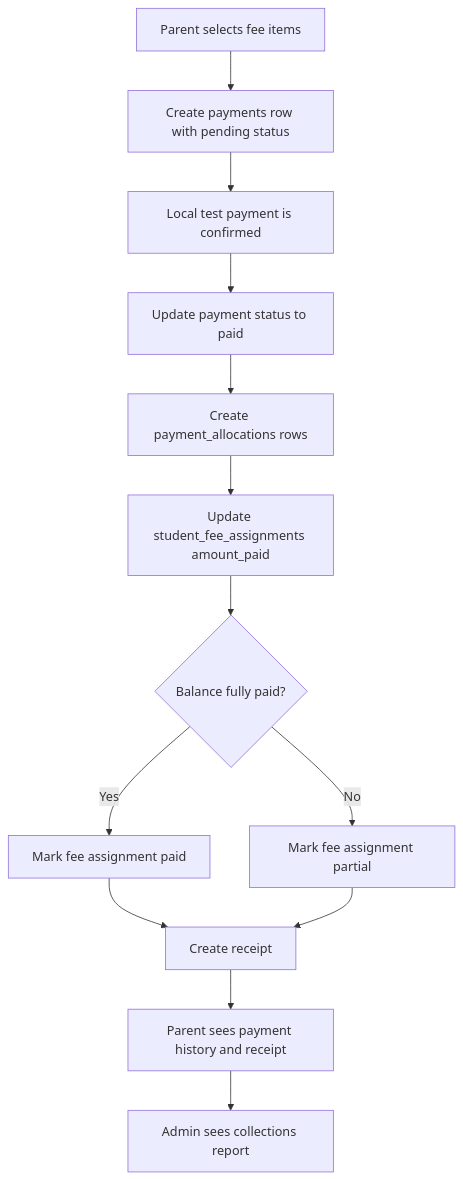
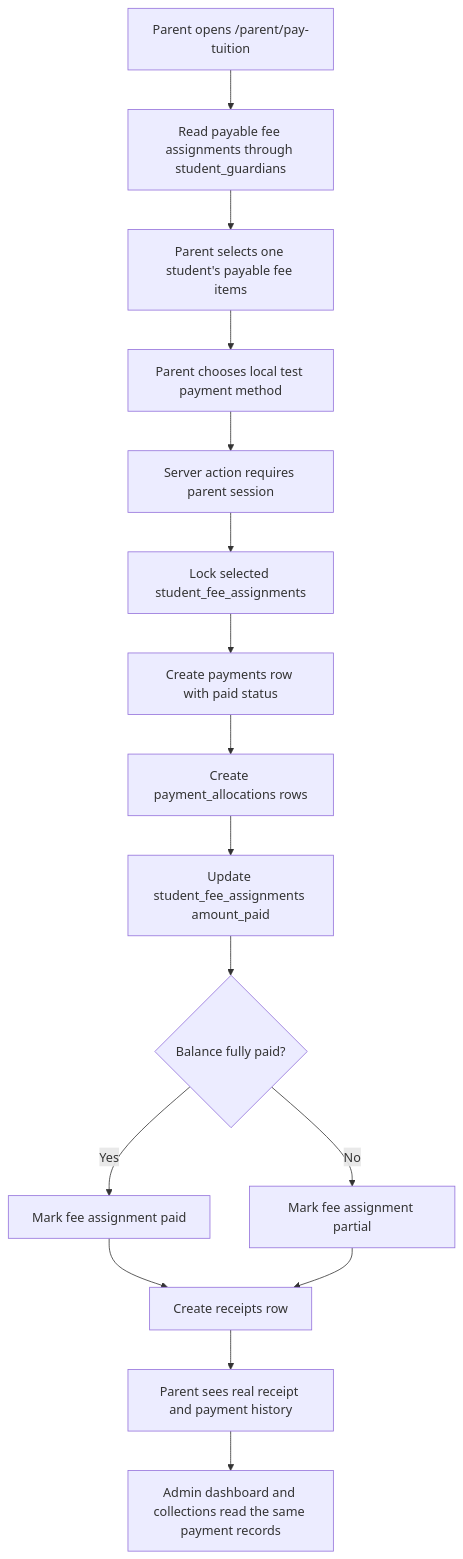
Before and after one commit to Xeyn19/xmetapay: diagram 13 of 14 in docs/PROJECT_FLOWCHARTS.md, drawn with Mermaid. The commit also changed other lines of this file and 16 other files, not shown here.

````diff
--- a/docs/PROJECT_FLOWCHARTS.md
+++ b/docs/PROJECT_FLOWCHARTS.md
@@ -401,15 +401,18 @@
 ```mermaid
 flowchart TD
-  A["Parent selects fee items"] --> B["Create payments row with pending status"]
-  B --> C["Local test payment is confirmed"]
-  C --> D["Update payment status to paid"]
-  D --> E["Create payment_allocations rows"]
-  E --> F["Update student_fee_assignments amount_paid"]
-  F --> G{"Balance fully paid?"}
-  G -->|Yes| H["Mark fee assignment paid"]
-  G -->|No| I["Mark fee assignment partial"]
-  H --> J["Create receipt"]
-  I --> J
-  J --> K["Parent sees payment history and receipt"]
-  K --> L["Admin sees collections report"]
+  A["Parent opens /parent/pay-tuition"] --> B["Read payable fee assignments through student_guardians"]
+  B --> C["Parent selects one student's payable fee items"]
+  C --> D["Parent chooses local test payment method"]
+  D --> E["Server action requires parent session"]
+  E --> F["Lock selected student_fee_assignments"]
+  F --> G["Create payments row with paid status"]
+  G --> H["Create payment_allocations rows"]
+  H --> I["Update student_fee_assignments amount_paid"]
+  I --> J{"Balance fully paid?"}
+  J -->|Yes| K["Mark fee assignment paid"]
+  J -->|No| L["Mark fee assignment partial"]
+  K --> M["Create receipts row"]
+  L --> M
+  M --> N["Parent sees real receipt and payment history"]
+  N --> O["Admin dashboard and collections read the same payment records"]
 ```
````
